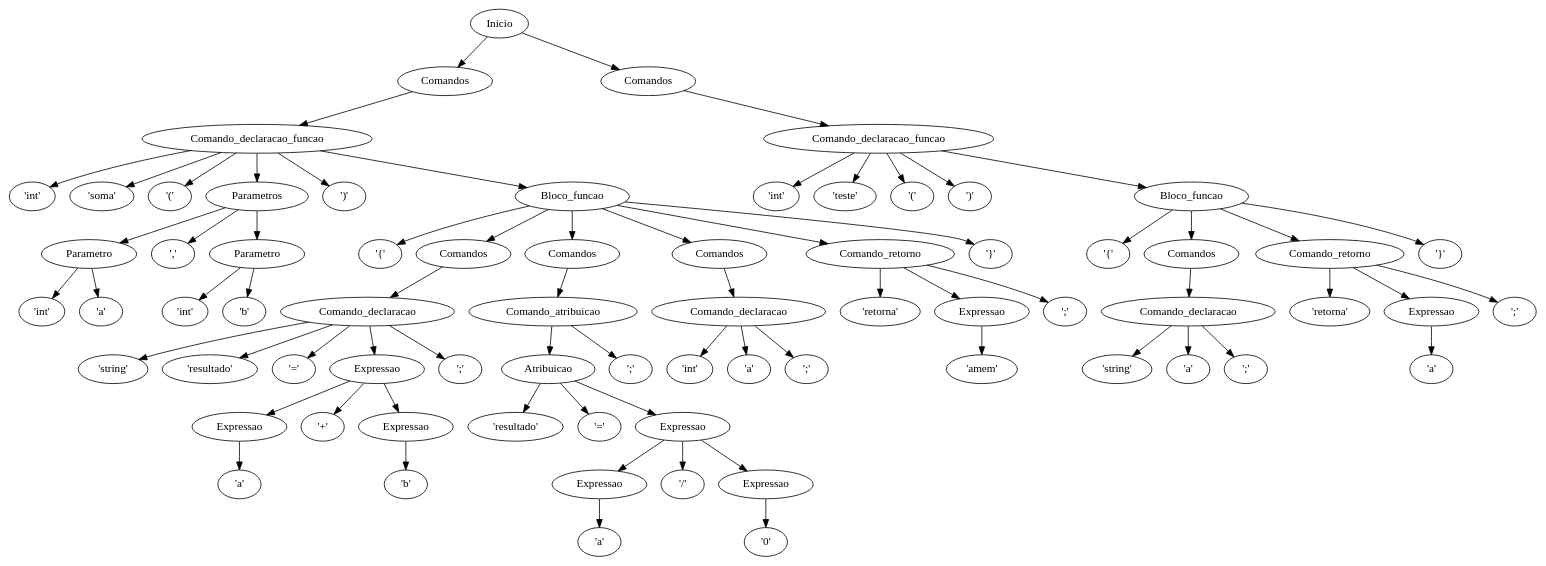
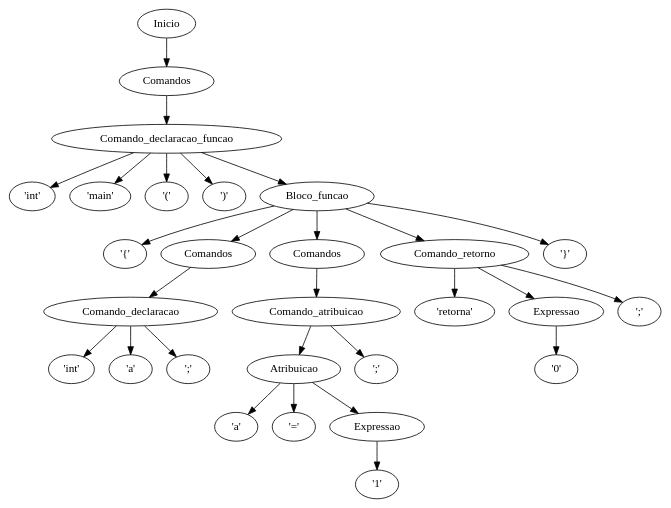
One commit to ogeorgehenrique/compiladorGV changed the diagram in saida_ast.dot. Above: the diagram before and after it, drawn with Graphviz. The commit also changed 4 other files, not shown here.

```diff
--- a/saida_ast.dot
+++ b/saida_ast.dot
@@ -1,143 +1,57 @@
 digraph AST {
 n0 [label="Inicio"];
 n1 [label="Comandos"];
 n2 [label="Comando_declaracao_funcao"];
 n3 [label="'int'"];
 n2 -> n3;
-n4 [label="'soma'"];
+n4 [label="'main'"];
 n2 -> n4;
 n5 [label="'('"];
 n2 -> n5;
-n6 [label="Parametros"];
-n7 [label="Parametro"];
-n8 [label="'int'"];
+n6 [label="')'"];
+n2 -> n6;
+n7 [label="Bloco_funcao"];
+n8 [label="'{'"];
 n7 -> n8;
-n9 [label="'a'"];
+n9 [label="Comandos"];
+n10 [label="Comando_declaracao"];
+n11 [label="'int'"];
+n10 -> n11;
+n12 [label="'a'"];
+n10 -> n12;
+n13 [label="';'"];
+n10 -> n13;
+n9 -> n10;
 n7 -> n9;
-n6 -> n7;
-n10 [label="','"];
-n6 -> n10;
-n11 [label="Parametro"];
-n12 [label="'int'"];
-n11 -> n12;
-n13 [label="'b'"];
-n11 -> n13;
-n6 -> n11;
-n2 -> n6;
-n14 [label="')'"];
-n2 -> n14;
-n15 [label="Bloco_funcao"];
-n16 [label="'{'"];
+n14 [label="Comandos"];
+n15 [label="Comando_atribuicao"];
+n16 [label="Atribuicao"];
+n17 [label="'a'"];
+n16 -> n17;
+n18 [label="'='"];
+n16 -> n18;
+n19 [label="Expressao"];
+n20 [label="'1'"];
+n19 -> n20;
+n16 -> n19;
 n15 -> n16;
-n17 [label="Comandos"];
-n18 [label="Comando_declaracao"];
-n19 [label="'string'"];
-n18 -> n19;
-n20 [label="'resultado'"];
-n18 -> n20;
-n21 [label="'='"];
-n18 -> n21;
-n22 [label="Expressao"];
-n23 [label="Expressao"];
-n24 [label="'a'"];
-n23 -> n24;
+n21 [label="';'"];
+n15 -> n21;
+n14 -> n15;
+n7 -> n14;
+n22 [label="Comando_retorno"];
+n23 [label="'retorna'"];
 n22 -> n23;
-n25 [label="'+'"];
-n22 -> n25;
-n26 [label="Expressao"];
-n27 [label="'b'"];
-n26 -> n27;
+n24 [label="Expressao"];
+n25 [label="'0'"];
+n24 -> n25;
+n22 -> n24;
+n26 [label="';'"];
 n22 -> n26;
-n18 -> n22;
-n28 [label="';'"];
-n18 -> n28;
-n17 -> n18;
-n15 -> n17;
-n29 [label="Comandos"];
-n30 [label="Comando_atribuicao"];
-n31 [label="Atribuicao"];
-n32 [label="'resultado'"];
-n31 -> n32;
-n33 [label="'='"];
-n31 -> n33;
-n34 [label="Expressao"];
-n35 [label="Expressao"];
-n36 [label="'a'"];
-n35 -> n36;
-n34 -> n35;
-n37 [label="'/'"];
-n34 -> n37;
-n38 [label="Expressao"];
-n39 [label="'0'"];
-n38 -> n39;
-n34 -> n38;
-n31 -> n34;
-n30 -> n31;
-n40 [label="';'"];
-n30 -> n40;
-n29 -> n30;
-n15 -> n29;
-n41 [label="Comandos"];
-n42 [label="Comando_declaracao"];
-n43 [label="'int'"];
-n42 -> n43;
-n44 [label="'a'"];
-n42 -> n44;
-n45 [label="';'"];
-n42 -> n45;
-n41 -> n42;
-n15 -> n41;
-n46 [label="Comando_retorno"];
-n47 [label="'retorna'"];
-n46 -> n47;
-n48 [label="Expressao"];
-n49 [label="'amem'"];
-n48 -> n49;
-n46 -> n48;
-n50 [label="';'"];
-n46 -> n50;
-n15 -> n46;
-n51 [label="'}'"];
-n15 -> n51;
-n2 -> n15;
+n7 -> n22;
+n27 [label="'}'"];
+n7 -> n27;
+n2 -> n7;
 n1 -> n2;
 n0 -> n1;
-n52 [label="Comandos"];
-n53 [label="Comando_declaracao_funcao"];
-n54 [label="'int'"];
-n53 -> n54;
-n55 [label="'teste'"];
-n53 -> n55;
-n56 [label="'('"];
-n53 -> n56;
-n57 [label="')'"];
-n53 -> n57;
-n58 [label="Bloco_funcao"];
-n59 [label="'{'"];
-n58 -> n59;
-n60 [label="Comandos"];
-n61 [label="Comando_declaracao"];
-n62 [label="'string'"];
-n61 -> n62;
-n63 [label="'a'"];
-n61 -> n63;
-n64 [label="';'"];
-n61 -> n64;
-n60 -> n61;
-n58 -> n60;
-n65 [label="Comando_retorno"];
-n66 [label="'retorna'"];
-n65 -> n66;
-n67 [label="Expressao"];
-n68 [label="'a'"];
-n67 -> n68;
-n65 -> n67;
-n69 [label="';'"];
-n65 -> n69;
-n58 -> n65;
-n70 [label="'}'"];
-n58 -> n70;
-n53 -> n58;
-n52 -> n53;
-n0 -> n52;
 }
```
